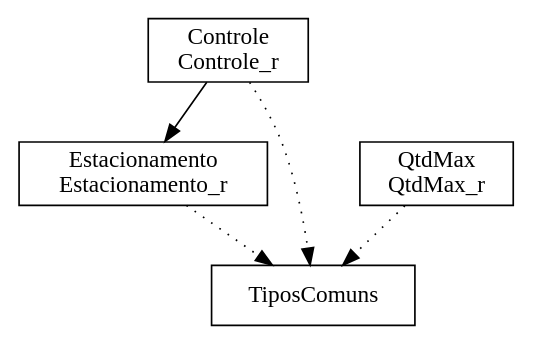
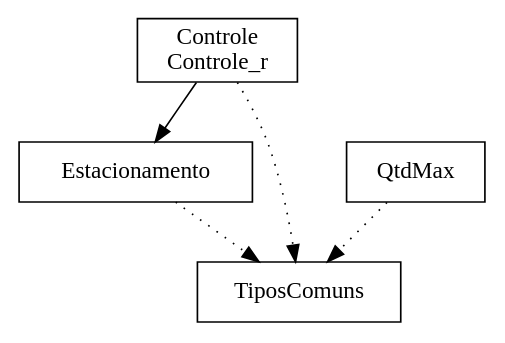
One commit to ciromdrs/mch_estacionamento changed the diagram in Estacionamento/bdp/Estacionamento.dot. Above: the diagram before and after it, drawn with Graphviz. The commit also changed 77 other files, not shown here.

```diff
--- a/Estacionamento/bdp/Estacionamento.dot
+++ b/Estacionamento/bdp/Estacionamento.dot
@@ -1,11 +1,11 @@
 digraph {
 Controle_r [ label=" Controle\nControle_r " shape= box ]
-Estacionamento_r [ label=" Estacionamento\nEstacionamento_r " shape= box ]
-QtdMax_r [ label=" QtdMax\nQtdMax_r " shape= box ]
+Estacionamento [ label=" Estacionamento " shape= box ]
+QtdMax [ label=" QtdMax " shape= box ]
 TiposComuns [ label=" TiposComuns " shape= box ]
 
 "Controle_r" -> "TiposComuns" [style= dotted ]
-"Controle_r" -> "Estacionamento_r" []
-"Estacionamento_r" -> "TiposComuns" [style= dotted ]
-"QtdMax_r" -> "TiposComuns" [style= dotted ]
+"Controle_r" -> "Estacionamento" []
+"Estacionamento" -> "TiposComuns" [style= dotted ]
+"QtdMax" -> "TiposComuns" [style= dotted ]
 }
```
